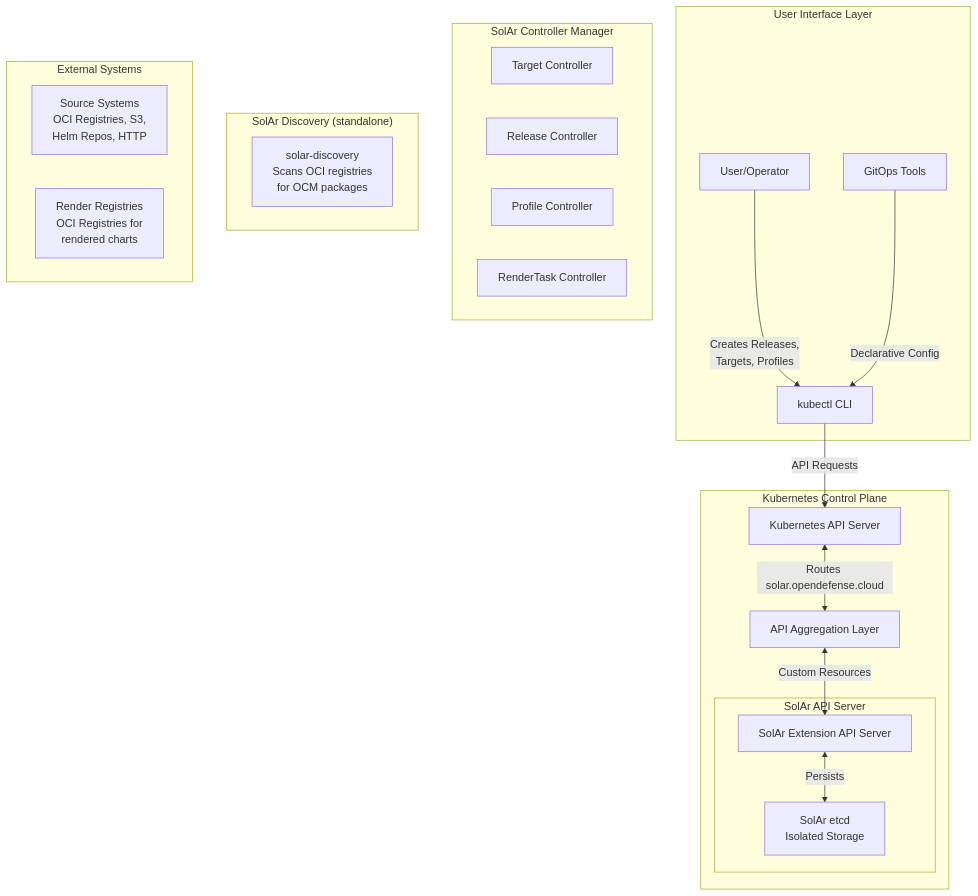
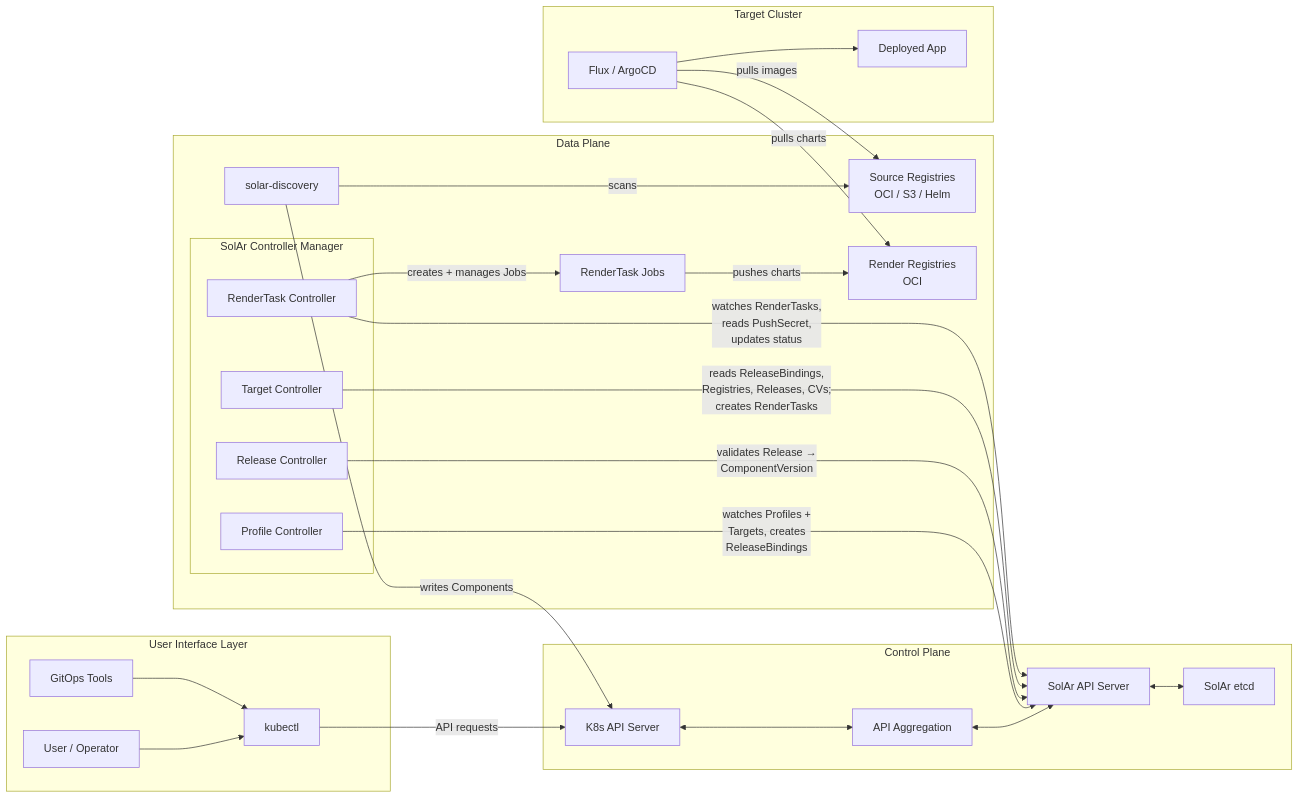
Before and after one commit to opendefensecloud/solution-arsenal: the first of 2 diagrams in docs/developer-guide/architecture.md, drawn with Mermaid. The commit also changed 1 other file, not shown here.

Commit message:
docs: improved diagrams

````diff
--- a/docs/developer-guide/architecture.md
+++ b/docs/developer-guide/architecture.md
@@ -5,42 +5,54 @@
 ```mermaid
-graph TB
-    subgraph "User Interface Layer"
-        User["User/Operator"]
-        Kubectl["kubectl CLI"]
+graph LR
+    subgraph UI["User Interface Layer"]
+        User["User / Operator"]
+        Kubectl["kubectl"]
         GitOps["GitOps Tools"]
+        User --> Kubectl
+        GitOps --> Kubectl
     end
 
-    subgraph "Kubernetes Control Plane"
-        K8sAPI["Kubernetes API Server"]
-        APIAgg["API Aggregation Layer"]
-
-        subgraph "SolAr API Server"
-            SOLARAPI["SolAr Extension API Server"]
-            SOLARETCD["SolAr etcd<br/>Isolated Storage"]
-        end
+    subgraph CP["Control Plane"]
+        K8sAPI["K8s API Server"]
+        APIAgg["API Aggregation"]
+        SOLARAPI["SolAr API Server"]
+        SOLARETCD["SolAr etcd"]
+        K8sAPI <--> APIAgg
+        APIAgg <--> SOLARAPI
+        SOLARAPI <--> SOLARETCD
     end
 
-    subgraph "SolAr Controller Manager"
-        TargetCtrl["Target Controller"]
-        ReleaseCtrl["Release Controller"]
-        ProfileCtrl["Profile Controller"]
-        RenderTaskCtrl["RenderTask Controller"]
+    subgraph DP["Data Plane"]
+        subgraph Controllers["SolAr Controller Manager"]
+            TargetCtrl["Target Controller"]
+            ReleaseCtrl["Release Controller"]
+            ProfileCtrl["Profile Controller"]
+            RenderTaskCtrl["RenderTask Controller"]
+        end
+        Discovery["solar-discovery"]
+        RenderJob["RenderTask Jobs"]
+        SrcReg["Source Registries<br/>OCI / S3 / Helm"]
+        DstReg["Render Registries<br/>OCI"]
     end
 
-    subgraph "SolAr Discovery (standalone)"
-        Discovery["solar-discovery<br/>Scans OCI registries<br/>for OCM packages"]
+    subgraph TC["Target Cluster"]
+        Flux["Flux / ArgoCD"]
+        App["Deployed App"]
+        Flux --> App
     end
 
-    subgraph "External Systems"
-        SrcReg["Source Systems<br/>OCI Registries, S3,<br/>Helm Repos, HTTP"]
-        DstReg["Render Registries<br/>OCI Registries for<br/>rendered charts"]
-    end
+    Kubectl -->|"API requests"| K8sAPI
 
-    User -->|"Creates Releases,<br/>Targets, Profiles"| Kubectl
-    GitOps -->|"Declarative Config"| Kubectl
-    Kubectl -->|"API Requests"| K8sAPI
+    ProfileCtrl -->|"watches Profiles +<br/>Targets, creates<br/>ReleaseBindings"| SOLARAPI
+    ReleaseCtrl -->|"validates Release →<br/>ComponentVersion"| SOLARAPI
+    TargetCtrl -->|"reads ReleaseBindings,<br/>Registries, Releases, CVs;<br/>creates RenderTasks"| SOLARAPI
+    RenderTaskCtrl -->|"watches RenderTasks,<br/>reads PushSecret,<br/>updates status"| SOLARAPI
+    RenderTaskCtrl -->|"creates + manages Jobs"| RenderJob
 
-    K8sAPI <-->|"Routes solar.opendefense.cloud"| APIAgg
-    APIAgg <-->|"Custom Resources"| SOLARAPI
-    SOLARAPI <-->|"Persists"| SOLARETCD
+    Discovery -->|"scans"| SrcReg
+    Discovery -->|"writes Components"| K8sAPI
+    RenderJob -->|"pushes charts"| DstReg
+
+    Flux -->|"pulls charts"| DstReg
+    Flux -->|"pulls images"| SrcReg
 ```
````
